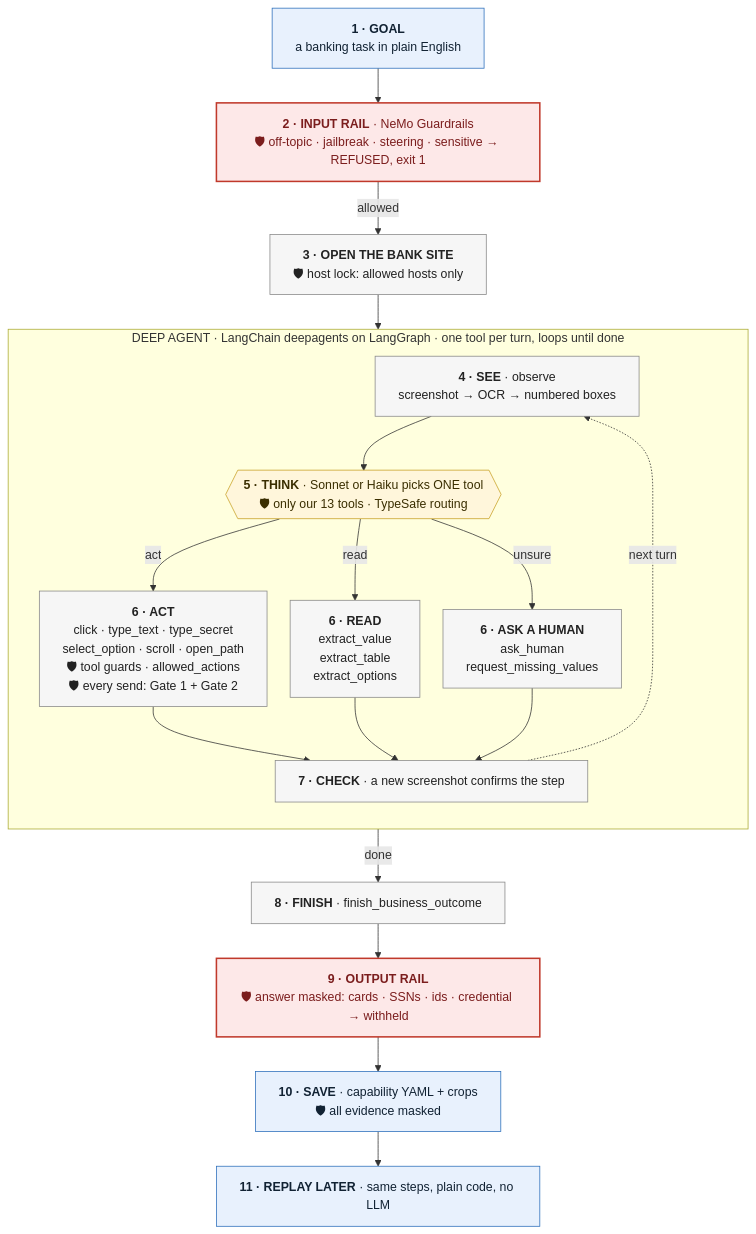
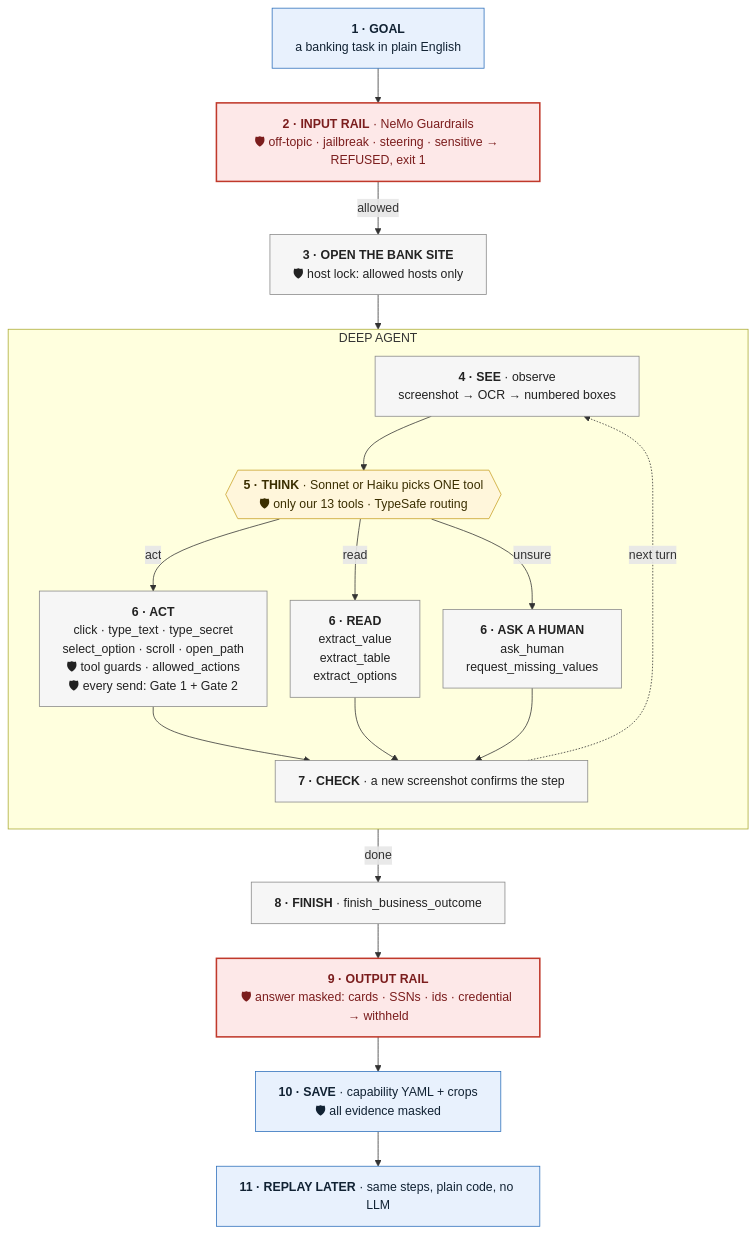
The fifth of 5 diagrams in README.md (Pratik-Prakash-Sannakki/TellerAI), drawn with Mermaid before and after one commit.

Commit message:
docs(readme): agent diagram loop label is just DEEP AGENT

````diff
--- a/README.md
+++ b/README.md
@@ -213,39 +213,39 @@
 ```mermaid
 %%{init: {"flowchart": {"wrappingWidth": 360, "nodeSpacing": 30, "rankSpacing": 45}}}%%
 flowchart TD
     S1["<b>1 · GOAL</b><br/>a banking task in plain English"]:::io
     S2["<b>2 · INPUT RAIL</b> · NeMo Guardrails<br/>🛡 off-topic · jailbreak · steering · sensitive → REFUSED, exit 1"]:::guard
     S3["<b>3 · OPEN THE BANK SITE</b><br/>🛡 host lock: allowed hosts only"]:::step
 
-    subgraph LOOP["DEEP AGENT · LangChain deepagents on LangGraph · one tool per turn, loops until done"]
+    subgraph LOOP["DEEP AGENT"]
         direction TB
         S4["<b>4 · SEE</b> · observe<br/>screenshot → OCR → numbered boxes"]:::step
         S5{{"<b>5 · THINK</b> · Sonnet or Haiku picks ONE tool<br/>🛡 only our 13 tools · TypeSafe routing"}}:::think
         S6A["<b>6 · ACT</b><br/>click · type_text · type_secret<br/>select_option · scroll · open_path<br/>🛡 tool guards · allowed_actions<br/>🛡 every send: Gate 1 + Gate 2"]:::step
         S6B["<b>6 · READ</b><br/>extract_value<br/>extract_table<br/>extract_options"]:::step
         S6C["<b>6 · ASK A HUMAN</b><br/>ask_human<br/>request_missing_values"]:::step
         S7["<b>7 · CHECK</b> · a new screenshot confirms the step"]:::step
         S4 --> S5
         S5 -->|act| S6A
         S5 -->|read| S6B
         S5 -->|unsure| S6C
         S6A --> S7
         S6B --> S7
         S6C --> S7
         S7 -. next turn .-> S4
     end
 
     S8["<b>8 · FINISH</b> · finish_business_outcome"]:::step
     S9["<b>9 · OUTPUT RAIL</b><br/>🛡 answer masked: cards · SSNs · ids · credential → withheld"]:::guard
     S10["<b>10 · SAVE</b> · capability YAML + crops<br/>🛡 all evidence masked"]:::io
     S11["<b>11 · REPLAY LATER</b> · same steps, plain code, no LLM"]:::io
 
     S1 --> S2 -->|allowed| S3 --> S4
     S5 -->|done| S8
     S8 --> S9 --> S10 --> S11
 
     classDef io fill:#e8f1fd,stroke:#2c6fbb,color:#123
     classDef step fill:#f6f6f6,stroke:#888,color:#222
     classDef think fill:#fff6db,stroke:#c9a227,color:#3a2e00
     classDef guard fill:#fde8e8,stroke:#c0392b,stroke-width:2px,color:#7b1d1d
 ```
````
